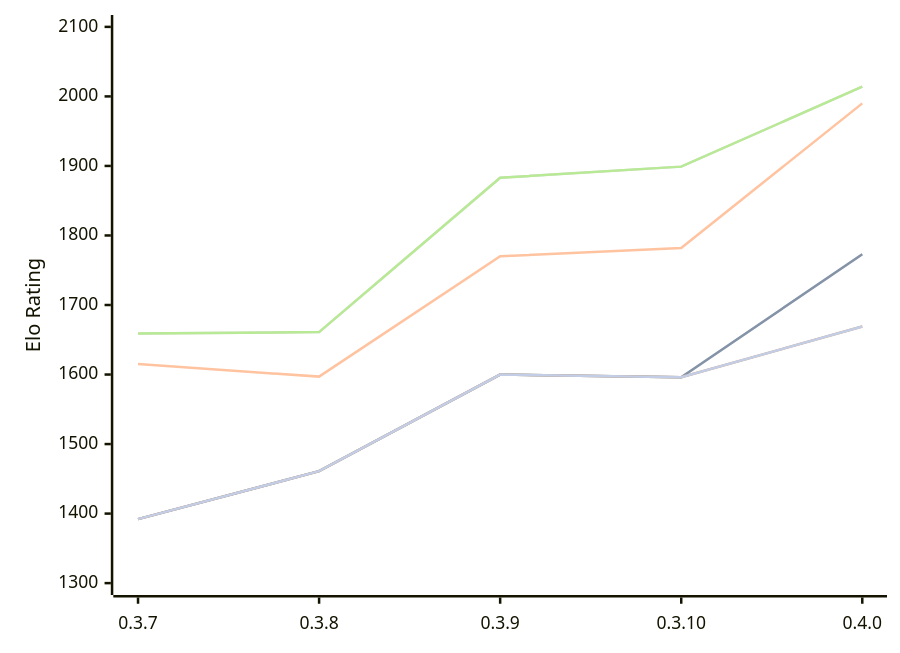
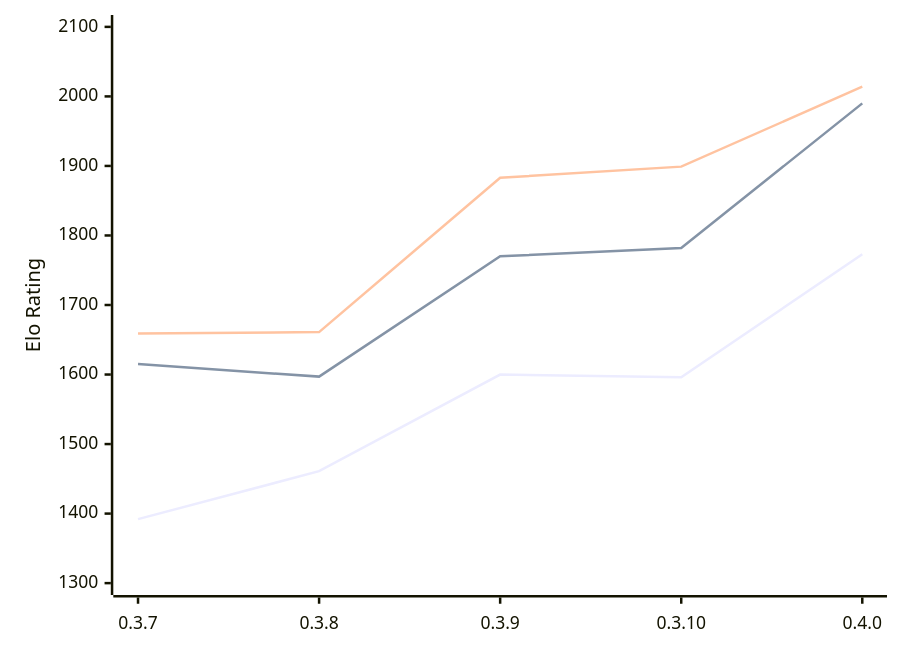
Before and after one commit to computer-chess-index/cci: the diagram in engines/Arche.md, drawn with Mermaid. The commit also changed other lines of this file, not shown here.

````diff
--- a/engines/Arche.md
+++ b/engines/Arche.md
@@ -51,13 +51,9 @@
 ```mermaid
 %%{init: {"theme":"base","themeVariables":{"seriesColors:['#a3a3a3','#222221','#faa371']}}}%%
 xychart-beta
   x-axis ["0.3.7", "0.3.8", "0.3.9", "0.3.10", "0.4.0"]
   y-axis "Elo Rating" 1300 --> 2100
-  line "" [1392, 1461, 1600, 1596, 1773]
   line "T1: STC (8.0+0.08s)" [1392, 1461, 1600, 1596, 1773]
   line "T1: LTC (60.0+0.60s)" [1615, 1597, 1770, 1782, 1990]
-  line "" [1659, 1661, 1883, 1899, 2014]
   line "T1: VLTC (2m24s+1.12s)" [1659, 1661, 1883, 1899, 2014]
-  line "" [1392, 1461, 1600, 1596,1669]
-  line "E1: STC (8.0+0.08s)" [1392, 1461, 1600, 1596,1669]
 ```
````
